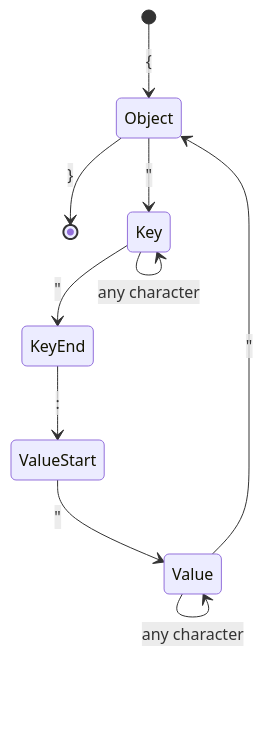
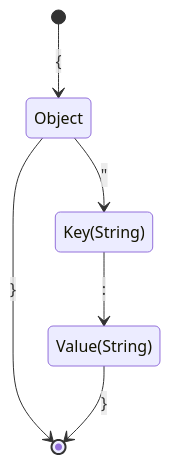
The first of 2 diagrams in states.md (20jasper/JJPWRGEM), drawn with Mermaid before and after one commit. The commit also changed other lines of this file and 1 other file, not shown here.

````diff
--- a/states.md
+++ b/states.md
@@ -17,15 +17,11 @@
 ```mermaid
 stateDiagram-v2
     [*] --> Object : {
 
     Object --> [*] : }
-    Object --> Key : "
+    Object --> Key(String) : "
 
-    Key --> Key : any character
-    Key --> KeyEnd : "
-    KeyEnd --> ValueStart : #58;
+    Key(String) --> Value(String) : #58;
 
-    ValueStart --> Value : "
-    Value --> Value : any character
-    Value --> Object : "
+    Value(String) --> [*] : }
 ```
````
